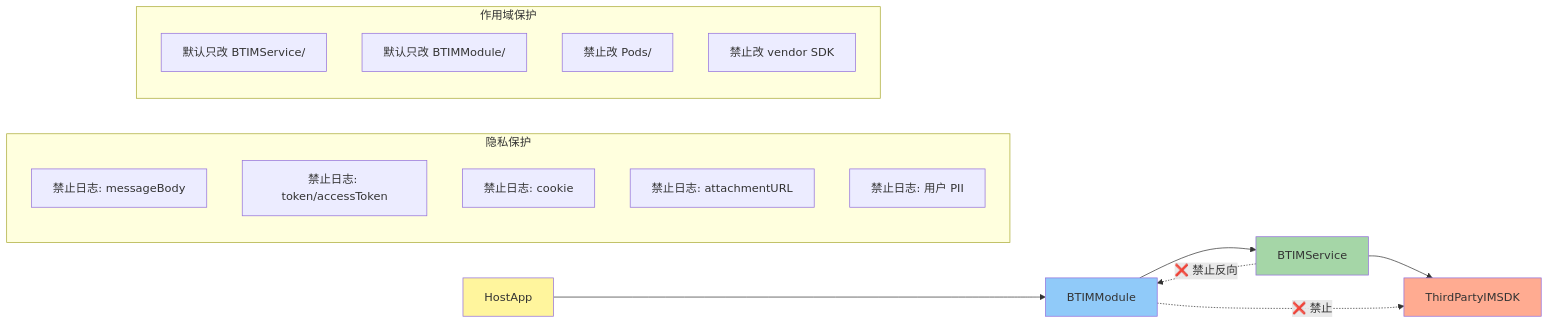
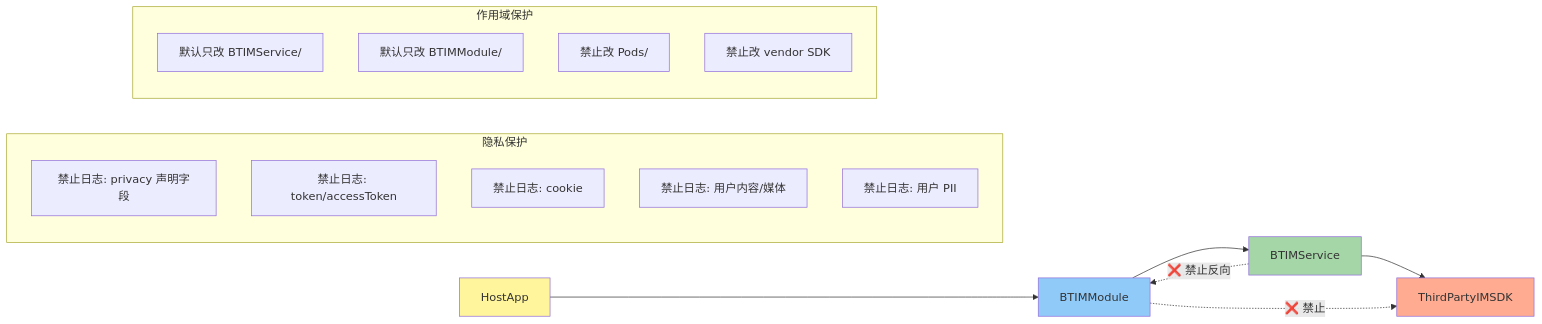
One commit to YuXilong-Labs/Agents changed the eighth of 10 diagrams in wk-im-dev/docs/architecture.md. Above: the diagram before and after it, drawn with Mermaid. The commit also changed 12 other files, not shown here.

````diff
--- a/wk-im-dev/docs/architecture.md
+++ b/wk-im-dev/docs/architecture.md
@@ -397,29 +397,29 @@
 ```mermaid
 graph LR
   APP[HostApp] --> MOD[BTIMModule]
   MOD --> SVC[BTIMService]
   SVC --> SDK[ThirdPartyIMSDK]
 
   MOD -. ❌ 禁止 .-> SDK
   SVC -. ❌ 禁止反向 .-> MOD
 
   subgraph 隐私["隐私保护"]
-    P1[禁止日志: messageBody]
+    P1[禁止日志: privacy 声明字段]
     P2[禁止日志: token/accessToken]
     P3[禁止日志: cookie]
-    P4[禁止日志: attachmentURL]
+    P4[禁止日志: 用户内容/媒体]
     P5[禁止日志: 用户 PII]
   end
 
   subgraph 作用域["作用域保护"]
     R1[默认只改 BTIMService/]
     R2[默认只改 BTIMModule/]
     R3[禁止改 Pods/]
     R4[禁止改 vendor SDK]
   end
 
   style SDK fill:#ffab91
   style MOD fill:#90caf9
   style SVC fill:#a5d6a7
   style APP fill:#fff59d
 ```
````
